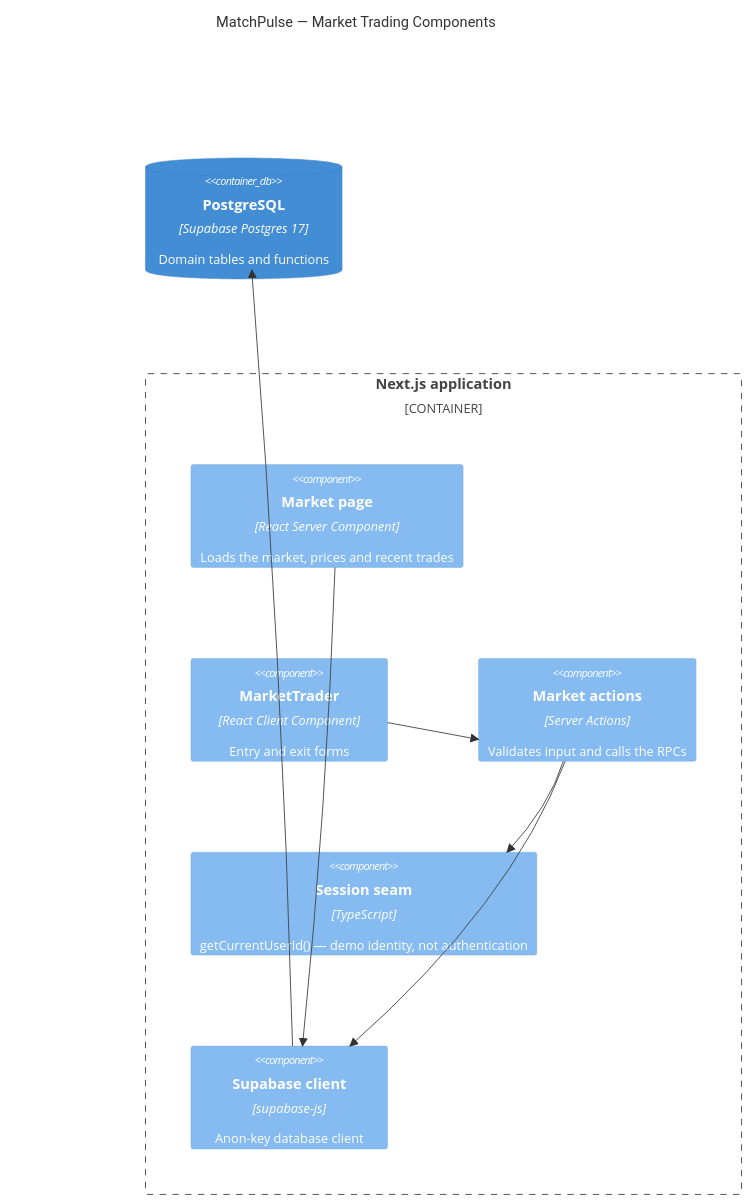
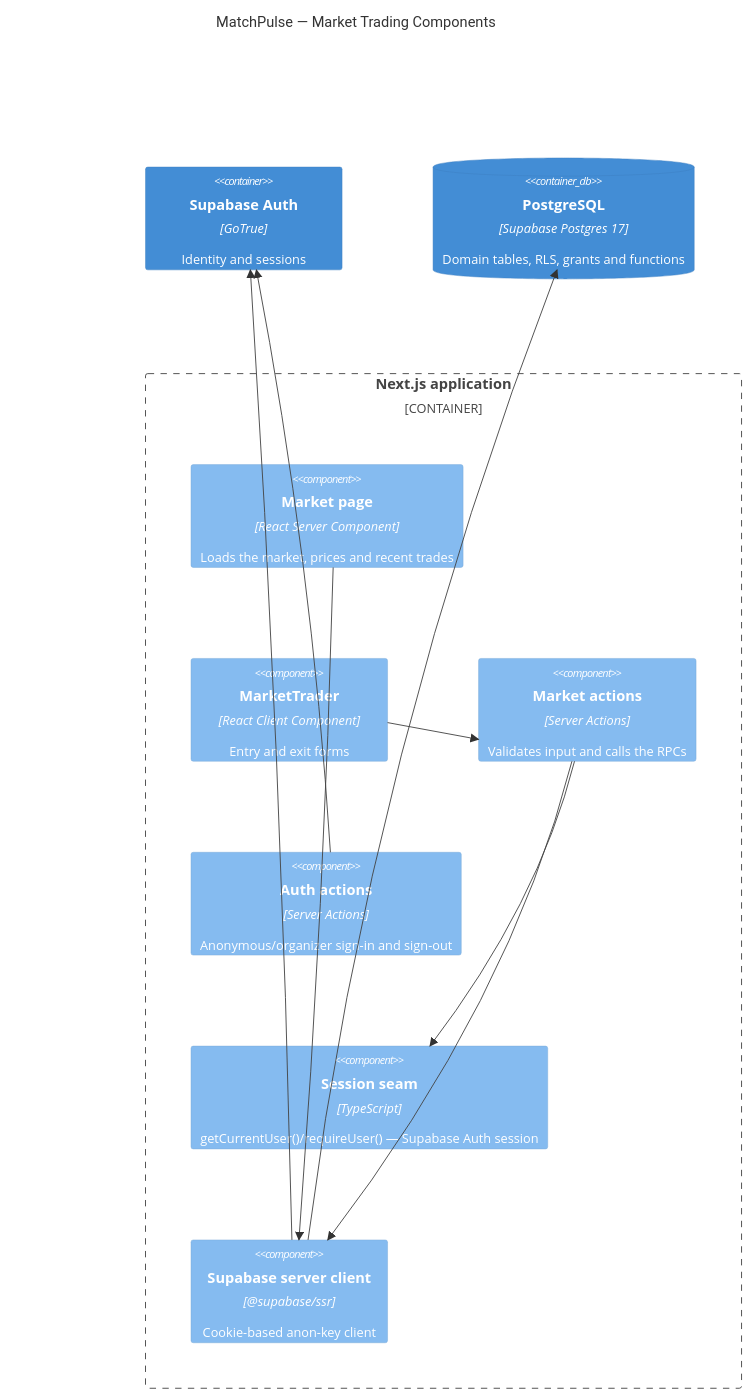
Before and after one commit to match-pulse/match-pulse: the third of 3 diagrams in docs/architecture/05-c4-diagrams.md, drawn with Mermaid. The commit also changed other lines of this file and 49 other files, not shown here.

First line of the commit message:
feat: enforce authentication, authorization and RLS (#96)

````diff
--- a/docs/architecture/05-c4-diagrams.md
+++ b/docs/architecture/05-c4-diagrams.md
@@ -66,22 +69,26 @@
 ```mermaid
 C4Component
   title MatchPulse — Market Trading Components
 
   Container_Boundary(web, "Next.js application") {
     Component(page, "Market page", "React Server Component", "Loads the market, prices and recent trades")
     Component(trader, "MarketTrader", "React Client Component", "Entry and exit forms")
     Component(actions, "Market actions", "Server Actions", "Validates input and calls the RPCs")
-    Component(session, "Session seam", "TypeScript", "getCurrentUserId() — demo identity, not authentication")
-    Component(client, "Supabase client", "supabase-js", "Anon-key database client")
+    Component(authActions, "Auth actions", "Server Actions", "Anonymous/organizer sign-in and sign-out")
+    Component(session, "Session seam", "TypeScript", "getCurrentUser()/requireUser() — Supabase Auth session")
+    Component(client, "Supabase server client", "@supabase/ssr", "Cookie-based anon-key client")
   }
 
-  ContainerDb(db, "PostgreSQL", "Supabase Postgres 17", "Domain tables and functions")
+  Container(auth, "Supabase Auth", "GoTrue", "Identity and sessions")
+  ContainerDb(db, "PostgreSQL", "Supabase Postgres 17", "Domain tables, RLS, grants and functions")
 
   Rel(trader, actions, "")
   Rel(page, client, "")
+  Rel(authActions, auth, "")
   Rel(actions, session, "")
   Rel(actions, client, "")
+  Rel(client, auth, "")
   Rel(client, db, "")
 
   UpdateLayoutConfig($c4ShapeInRow="3", $c4BoundaryInRow="1")
 ```
````
